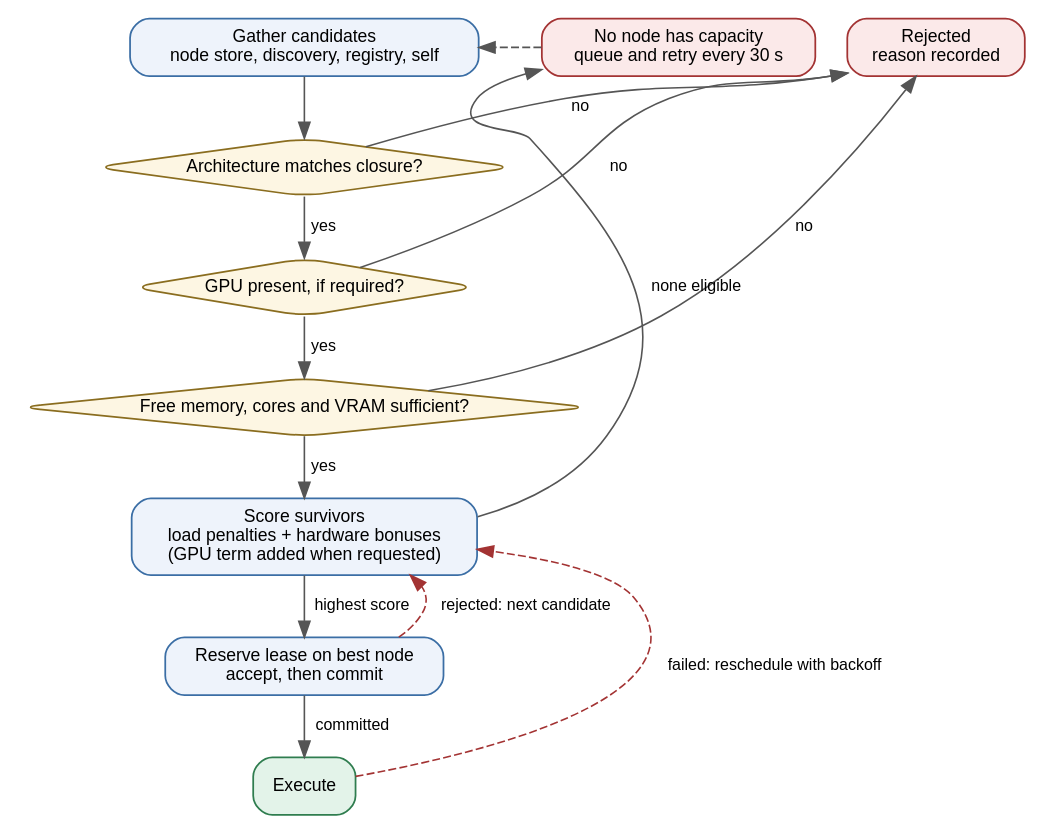
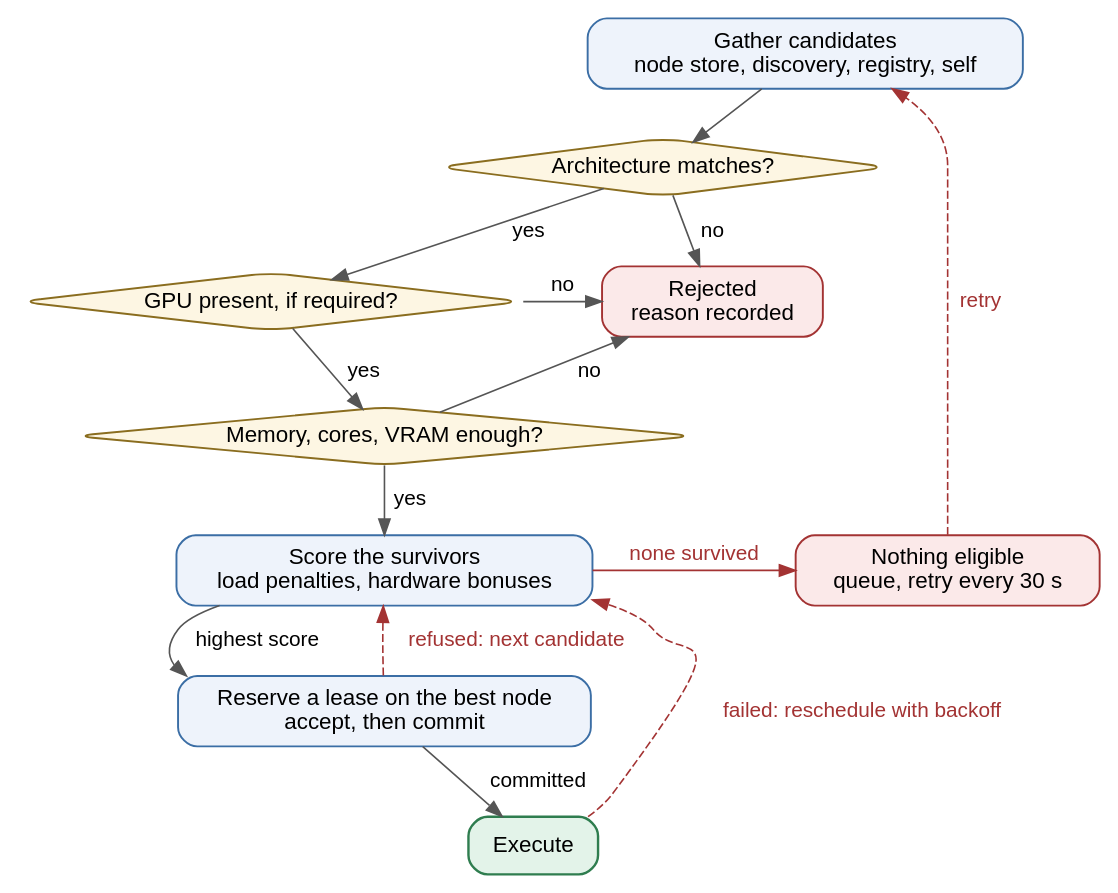
The diagram in docs/diagrams/src/fig_4.1_placement_flow.dot (vinayakyadav2709/Pipedpeer), drawn with Graphviz before and after one commit. The commit also changed 34 other files, not shown here.

```diff
--- a/docs/diagrams/src/fig_4.1_placement_flow.dot
+++ b/docs/diagrams/src/fig_4.1_placement_flow.dot
@@ -1,28 +1,41 @@
 // Figure 4.1 - Placement pipeline: gather, filter, score, lease, retry.
+// The three reject branches feed one collector so no edge has to cross the
+// figure, and the queue path leaves from the bottom rather than looping back
+// over the decision spine.
 digraph Placement {
-  rankdir=TB; bgcolor="white"; nodesep=0.28; ranksep=0.38;
-  node [fontname="Helvetica", fontsize=11, shape=box, style="rounded,filled",
-        fillcolor="#eef3fb", color="#3b6ea5", penwidth=1.1, margin="0.14,0.08"];
-  edge [fontname="Helvetica", fontsize=10, color="#555555"];
+  rankdir=TB; bgcolor="white"; nodesep=0.34; ranksep=0.40;
+  node [fontname="Helvetica", fontsize=14, shape=box, style="rounded,filled",
+        fillcolor="#eef3fb", color="#3b6ea5", penwidth=1.2, margin="0.18,0.10"];
+  edge [fontname="Helvetica", fontsize=13, color="#555555"];
 
   gather [label="Gather candidates\nnode store, discovery, registry, self"];
-  f1 [label="Architecture matches closure?", shape=diamond, fillcolor="#fdf6e3", color="#8a6d1f", margin="0.02"];
-  f2 [label="GPU present, if required?", shape=diamond, fillcolor="#fdf6e3", color="#8a6d1f", margin="0.02"];
-  f3 [label="Free memory, cores and VRAM sufficient?", shape=diamond, fillcolor="#fdf6e3", color="#8a6d1f", margin="0.02"];
-  score [label="Score survivors\nload penalties + hardware bonuses\n(GPU term added when requested)"];
-  lease [label="Reserve lease on best node\naccept, then commit"];
-  run   [label="Execute", fillcolor="#e3f3e9", color="#2f7d4f"];
-  rej   [label="Rejected\nreason recorded", fillcolor="#fbe9e9", color="#a33333"];
-  wait  [label="No node has capacity\nqueue and retry every 30 s", fillcolor="#fbe9e9", color="#a33333"];
+  f1 [label="Architecture matches?", shape=diamond, fillcolor="#fdf6e3", color="#8a6d1f", margin="0.04"];
+  f2 [label="GPU present, if required?", shape=diamond, fillcolor="#fdf6e3", color="#8a6d1f", margin="0.04"];
+  f3 [label="Memory, cores, VRAM enough?", shape=diamond, fillcolor="#fdf6e3", color="#8a6d1f", margin="0.04"];
+  rej [label="Rejected\nreason recorded", fillcolor="#fbe9e9", color="#a33333"];
+
+  score [label="Score the survivors\nload penalties, hardware bonuses"];
+  lease [label="Reserve a lease on the best node\naccept, then commit"];
+  run   [label="Execute", fillcolor="#e3f3e9", color="#2f7d4f", penwidth=1.5];
+  wait  [label="Nothing eligible\nqueue, retry every 30 s", fillcolor="#fbe9e9", color="#a33333"];
 
   gather -> f1;
-  f1 -> f2 [label=" yes "];  f1 -> rej [label=" no ", constraint=false];
-  f2 -> f3 [label=" yes "];  f2 -> rej [label=" no ", constraint=false];
-  f3 -> score [label=" yes "]; f3 -> rej [label=" no ", constraint=false];
+  f1 -> f2 [label=" yes "];
+  f2 -> f3 [label=" yes "];
+  f3 -> score [label=" yes "];
   score -> lease [label=" highest score "];
-  score -> wait [label=" none eligible ", constraint=false];
   lease -> run [label=" committed "];
-  lease -> score [label=" rejected: next candidate ", constraint=false, style=dashed, color="#a33333"];
-  run -> score [label=" failed: reschedule with backoff ", constraint=false, style=dashed, color="#a33333"];
-  wait -> gather [style=dashed, constraint=false];
+
+  // All three rejections land on one collector, kept level with the filters.
+  f1 -> rej [label=" no "];
+  f2 -> rej [label=" no "];
+  f3 -> rej [label=" no "];
+  { rank=same; f2; rej; }
+
+  score -> wait [label=" none survived ", color="#a33333", fontcolor="#a33333"];
+  wait -> gather [label=" retry ", style=dashed, color="#a33333", fontcolor="#a33333"];
+
+  lease -> score [label=" refused: next candidate ", style=dashed, color="#a33333", fontcolor="#a33333"];
+  run -> score [label=" failed: reschedule with backoff ", style=dashed, color="#a33333", fontcolor="#a33333"];
+  { rank=same; score; wait; }
 }
```
